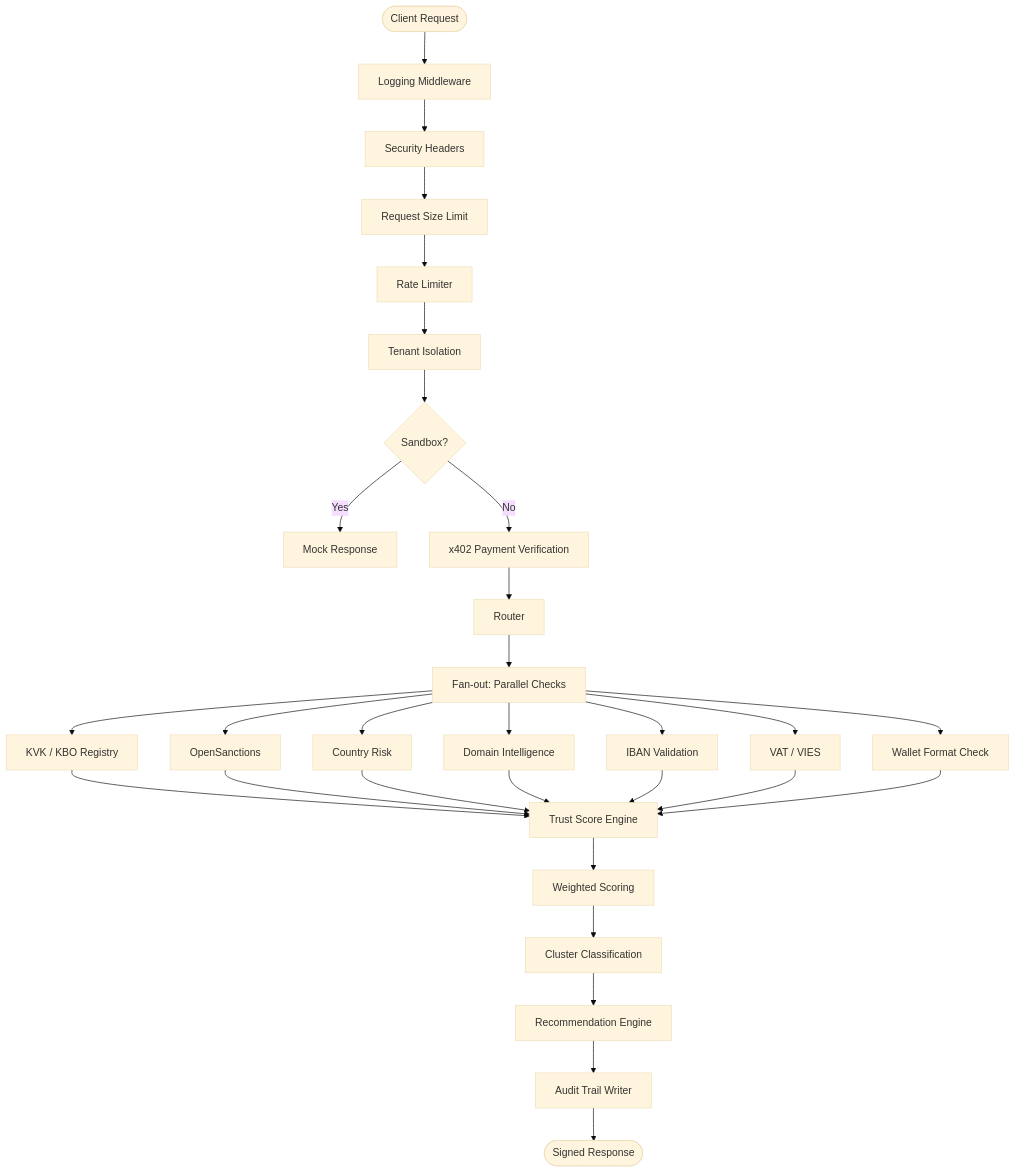
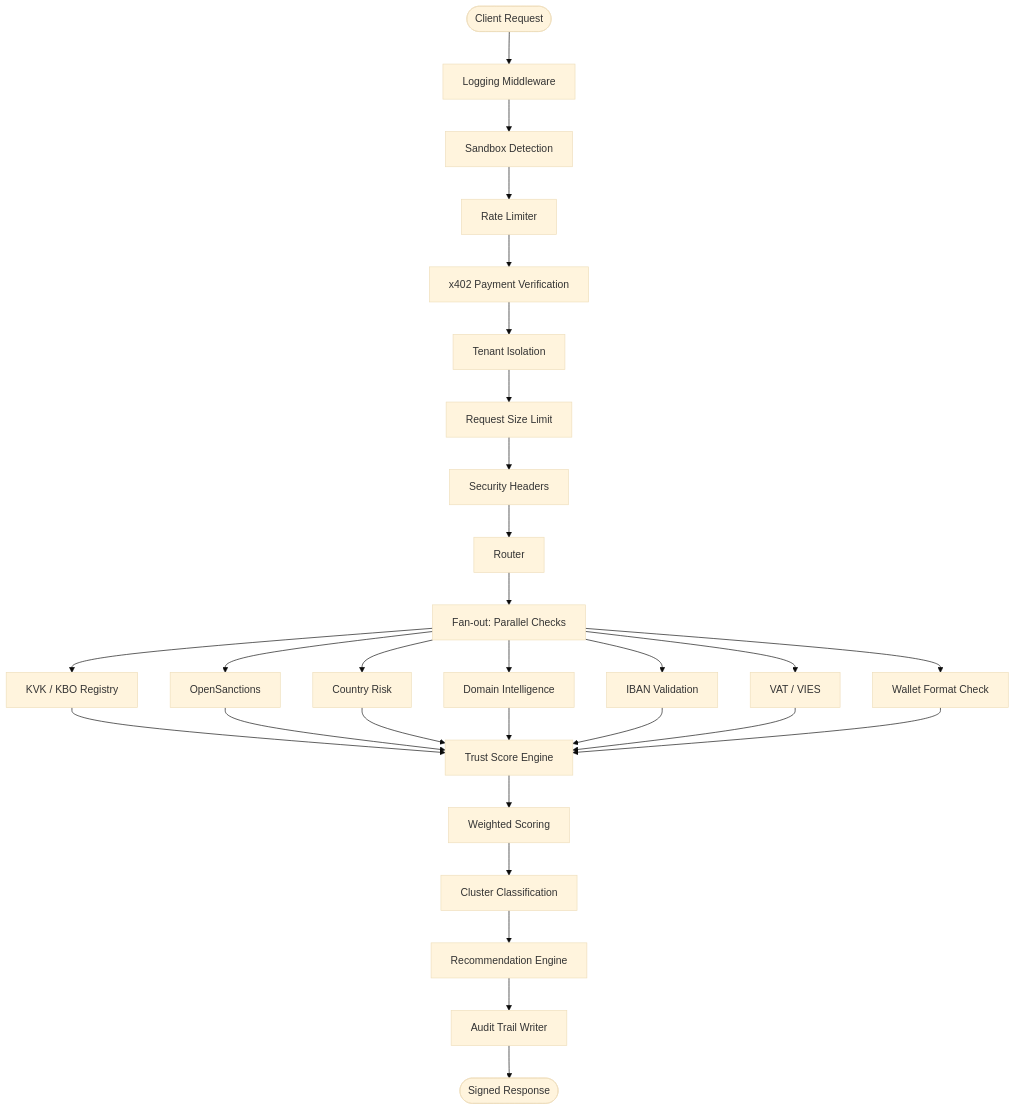
The first of 2 diagrams in guides/trust-architecture.mdx (jwconsultancyteam/limitguard-docs), drawn with Mermaid (base theme) before and after one commit. The commit also changed other lines of this file and 10 other files, not shown here.

````diff
--- a/guides/trust-architecture.mdx
+++ b/guides/trust-architecture.mdx
@@ -50,29 +50,28 @@
 ```mermaid
 flowchart TD
     A([Client Request]) --> B[Logging Middleware]
-    B --> C[Security Headers]
-    C --> D[Request Size Limit]
-    D --> E[Rate Limiter]
+    B --> C[Sandbox Detection]
+    C --> D[Rate Limiter]
+    D --> E[x402 Payment Verification]
     E --> F[Tenant Isolation]
-    F --> G{Sandbox?}
-    G -- Yes --> H[Mock Response]
-    G -- No --> I[x402 Payment Verification]
-    I --> J[Router]
+    F --> G[Request Size Limit]
+    G --> H[Security Headers]
+    H --> J[Router]
 
     J --> K[Fan-out: Parallel Checks]
 
     K --> L1[KVK / KBO Registry]
     K --> L2[OpenSanctions]
     K --> L3[Country Risk]
     K --> L4[Domain Intelligence]
     K --> L5[IBAN Validation]
     K --> L6[VAT / VIES]
     K --> L7[Wallet Format Check]
     L1 & L2 & L3 & L4 & L5 & L6 & L7 --> M[Trust Score Engine]
 
     M --> N[Weighted Scoring]
     N --> O[Cluster Classification]
     O --> P[Recommendation Engine]
     P --> Q[Audit Trail Writer]
     Q --> R([Signed Response])
 ```
````
